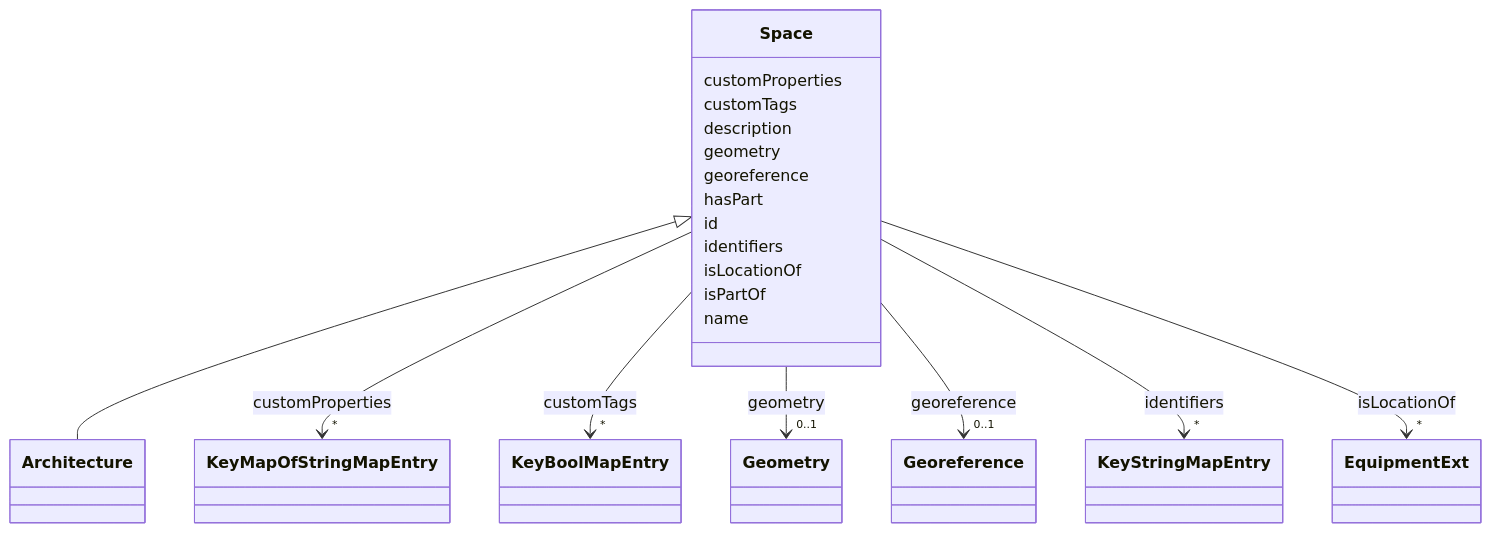
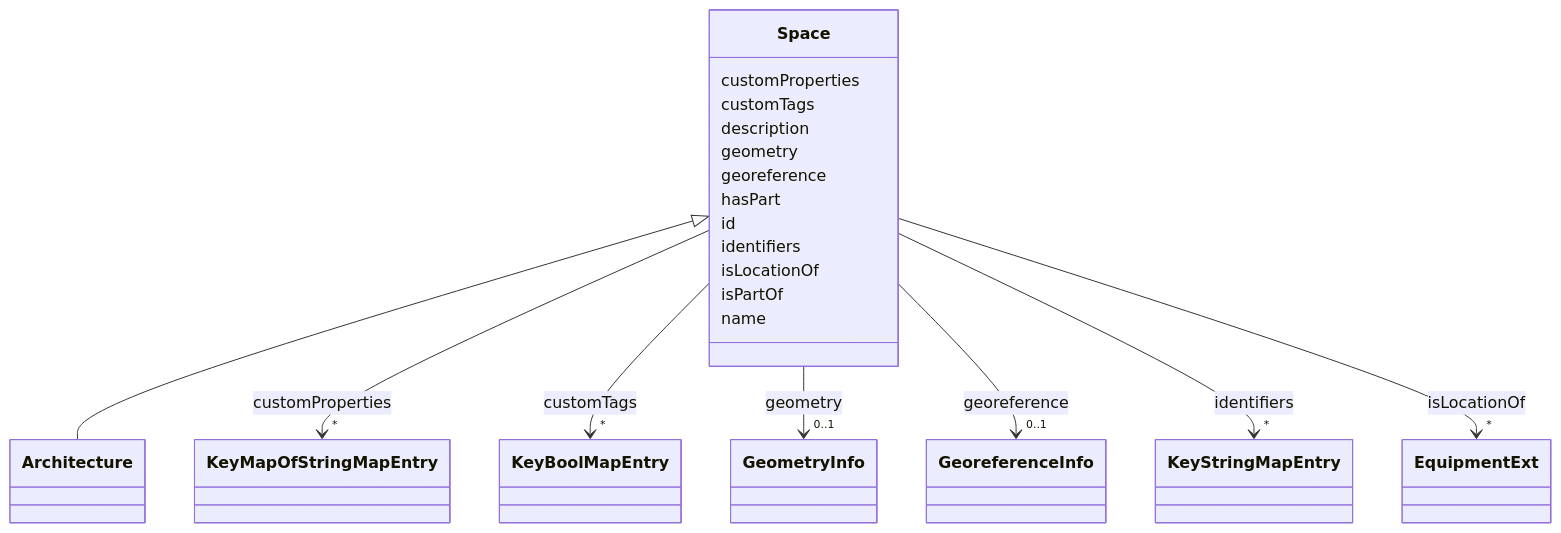
One commit to smartbuilding-co-creation-organization/smartbuilding_datamodels changed the diagram in docs/Space.md. Above: the diagram before and after it, drawn with Mermaid. The commit also changed other lines of this file and 84 other files, not shown here.

```diff
--- a/docs/Space.md
+++ b/docs/Space.md
@@ -52,8 +52,8 @@
     
         
         
-        Space --> "0..1" Geometry : geometry
-        click Geometry href "../Geometry/"
+        Space --> "0..1" GeometryInfo : geometry
+        click GeometryInfo href "../GeometryInfo/"
     
 
         
@@ -63,8 +63,8 @@
     
         
         
-        Space --> "0..1" Georeference : georeference
-        click Georeference href "../Georeference/"
+        Space --> "0..1" GeoreferenceInfo : georeference
+        click GeoreferenceInfo href "../GeoreferenceInfo/"
     
 
         
```
